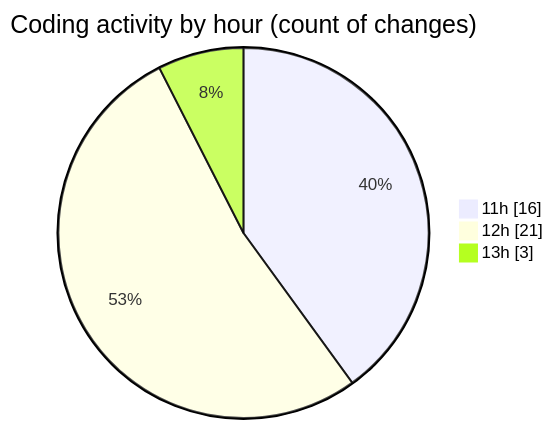
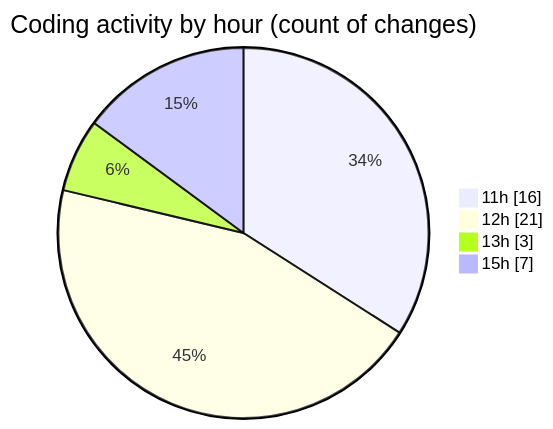
The second of 2 diagrams in 2025-09-30/nxtqube_webapp/README.md (nxtqubesakshisongat/code-tracking), drawn with Mermaid before and after one commit. The commit also changed other lines of this file and 1 other file, not shown here.

````diff
--- a/2025-09-30/nxtqube_webapp/README.md
+++ b/2025-09-30/nxtqube_webapp/README.md
@@ -32,7 +32,8 @@
 ```mermaid
 pie showData
 title Coding activity by hour (count of changes)
 "11h" : 16
 "12h" : 21
 "13h" : 3
+"15h" : 7
 ```
````
